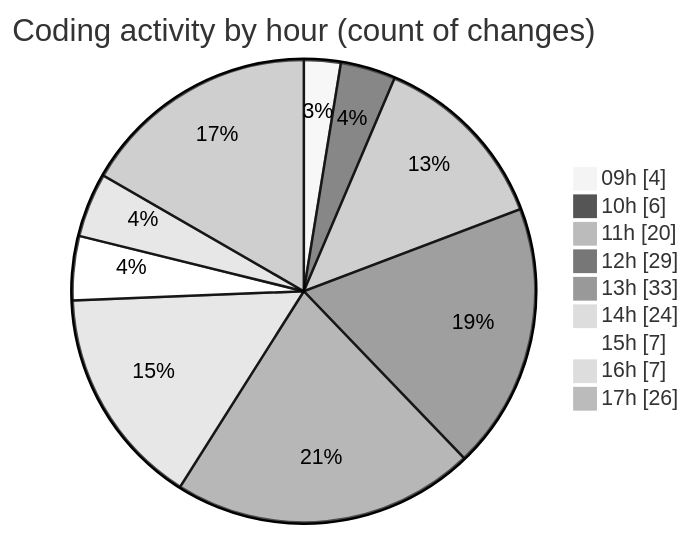
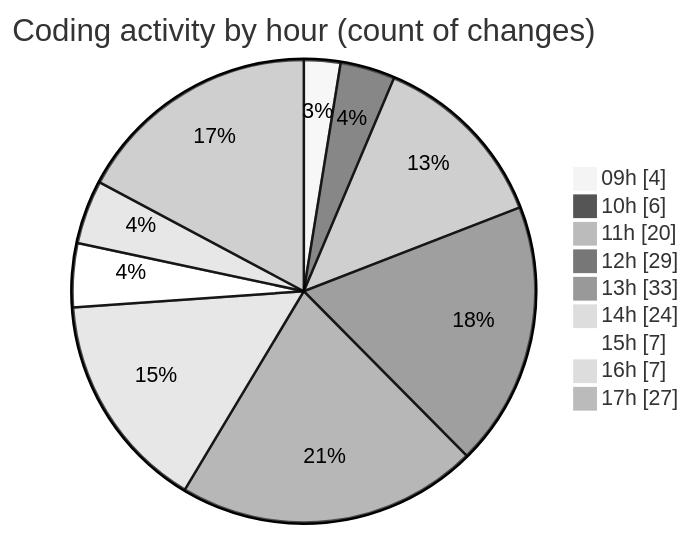
The second of 2 diagrams in 2025-05-29/cda/README.md (momahboobian/code-tracking), drawn with Mermaid (neutral theme) before and after one commit. The commit also changed other lines of this file and 1 other file, not shown here.

````diff
--- a/2025-05-29/cda/README.md
+++ b/2025-05-29/cda/README.md
@@ -47,13 +49,13 @@
 ```mermaid
 pie showData
 title Coding activity by hour (count of changes)
 "09h" : 4
 "10h" : 6
 "11h" : 20
 "12h" : 29
 "13h" : 33
 "14h" : 24
 "15h" : 7
 "16h" : 7
-"17h" : 26
+"17h" : 27
 ```
````
